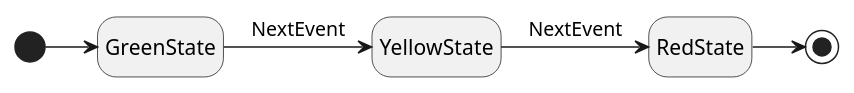
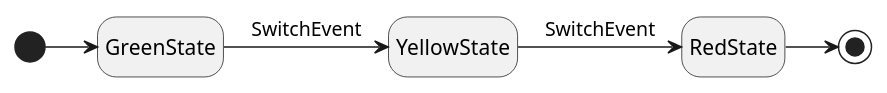
Before and after one commit to KStateMachine/kstatemachine: the diagram in docs/diagrams/finishing-traffic-light.plantuml, drawn with PlantUML. The commit also changed 3 other files, not shown here.

Commit message:
[docs] Update README diagram to svg

```diff
--- a/docs/diagrams/finishing-traffic-light.plantuml
+++ b/docs/diagrams/finishing-traffic-light.plantuml
@@ -1,7 +1,7 @@
 @startuml
 hide empty description
 [*] -> GreenState
-GreenState -> YellowState : NextEvent
-YellowState -> RedState : NextEvent
+GreenState -> YellowState : SwitchEvent
+YellowState -> RedState : SwitchEvent
 RedState -> [*]
 @enduml
```
